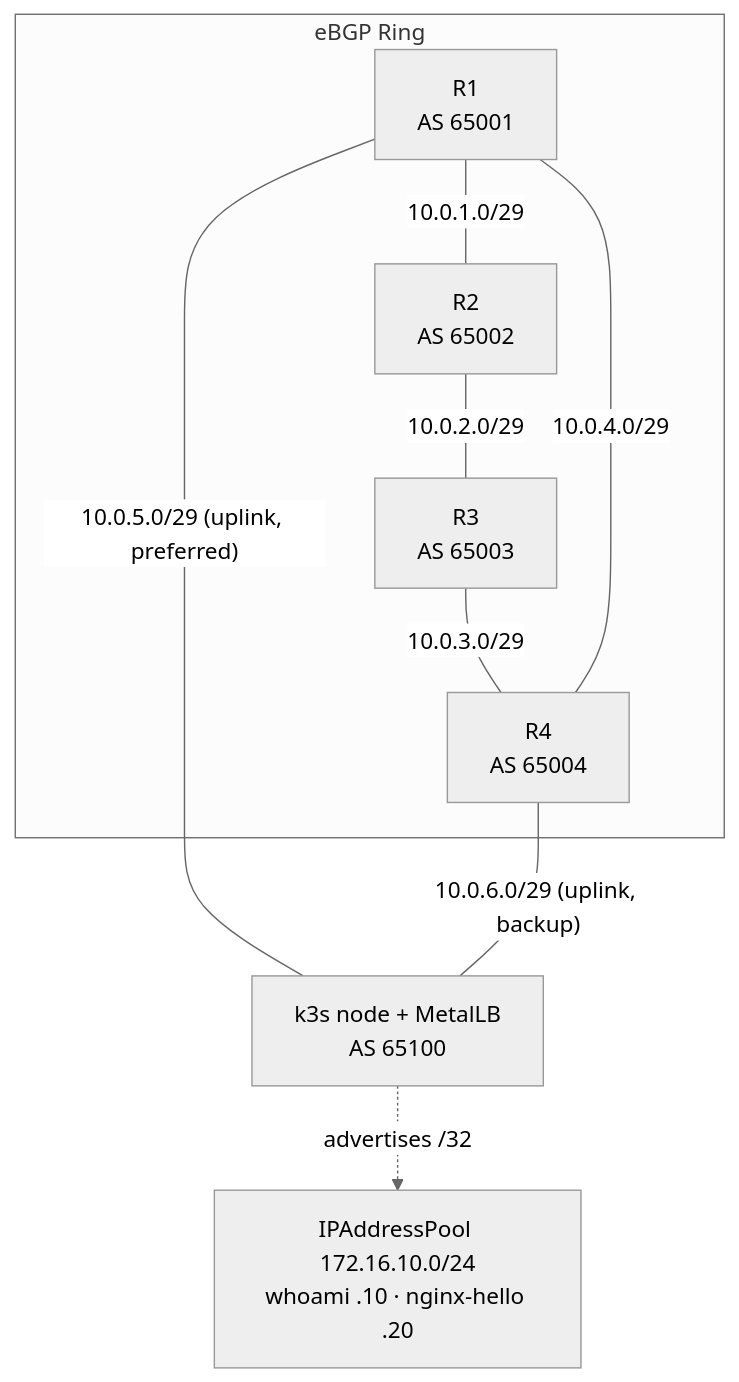
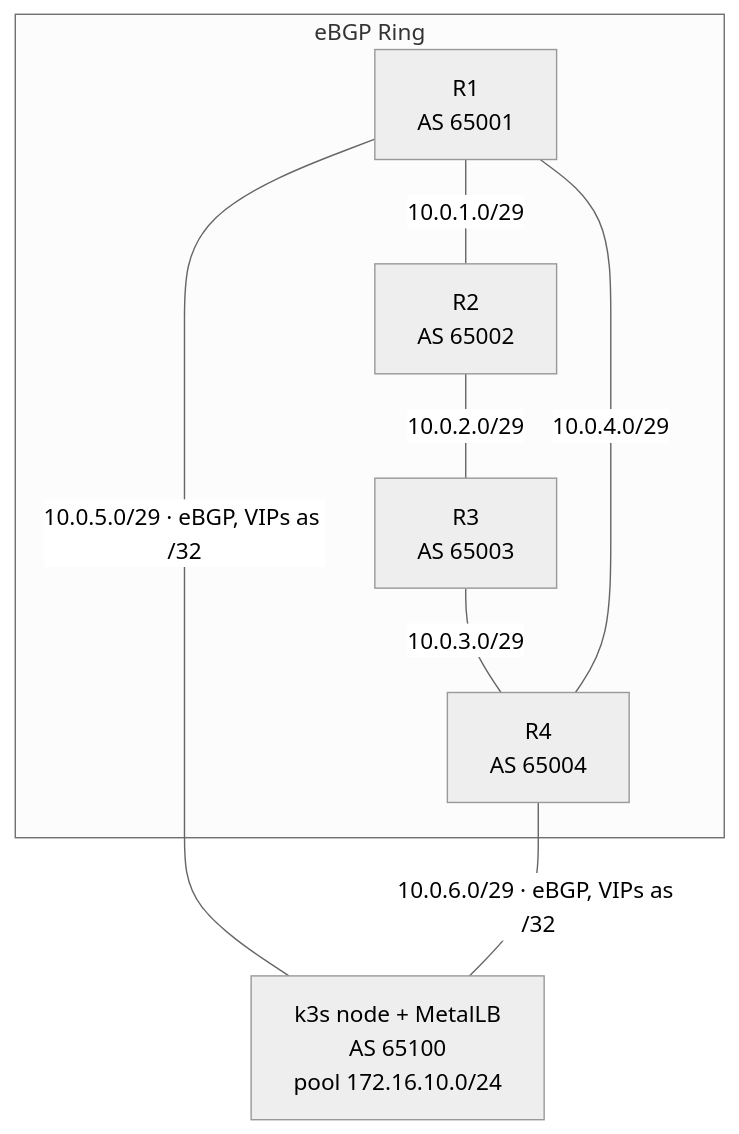
Before and after one commit to cismembrane/gns3-labs: the diagram in k8s-metallb-bgp/README.md, drawn with Mermaid (neutral theme). The commit also changed other lines of this file, not shown here.

Commit message:
readme: clarify uplink roles and failover path selection in readme

````diff
--- a/k8s-metallb-bgp/README.md
+++ b/k8s-metallb-bgp/README.md
@@ -19,19 +19,17 @@
 ```mermaid
 graph TD
     subgraph Ring["eBGP Ring"]
         R1["R1<br/>AS 65001"]
         R2["R2<br/>AS 65002"]
         R3["R3<br/>AS 65003"]
         R4["R4<br/>AS 65004"]
         R1 ---|10.0.1.0/29| R2
         R2 ---|10.0.2.0/29| R3
         R3 ---|10.0.3.0/29| R4
         R4 ---|10.0.4.0/29| R1
     end
 
-    K3S["k3s node + MetalLB<br/>AS 65100"]
-    R1 ---|"10.0.5.0/29 (uplink, preferred)"| K3S
-    R4 ---|"10.0.6.0/29 (uplink, backup)"| K3S
-
-    K3S -.->|"advertises /32"| POOL["IPAddressPool 172.16.10.0/24<br/>whoami .10 · nginx-hello .20"]
+    K3S["k3s node + MetalLB<br/>AS 65100<br/>pool 172.16.10.0/24"]
+    R1 ---|"10.0.5.0/29 · eBGP, VIPs as /32"| K3S
+    R4 ---|"10.0.6.0/29 · eBGP, VIPs as /32"| K3S
 ```
````
